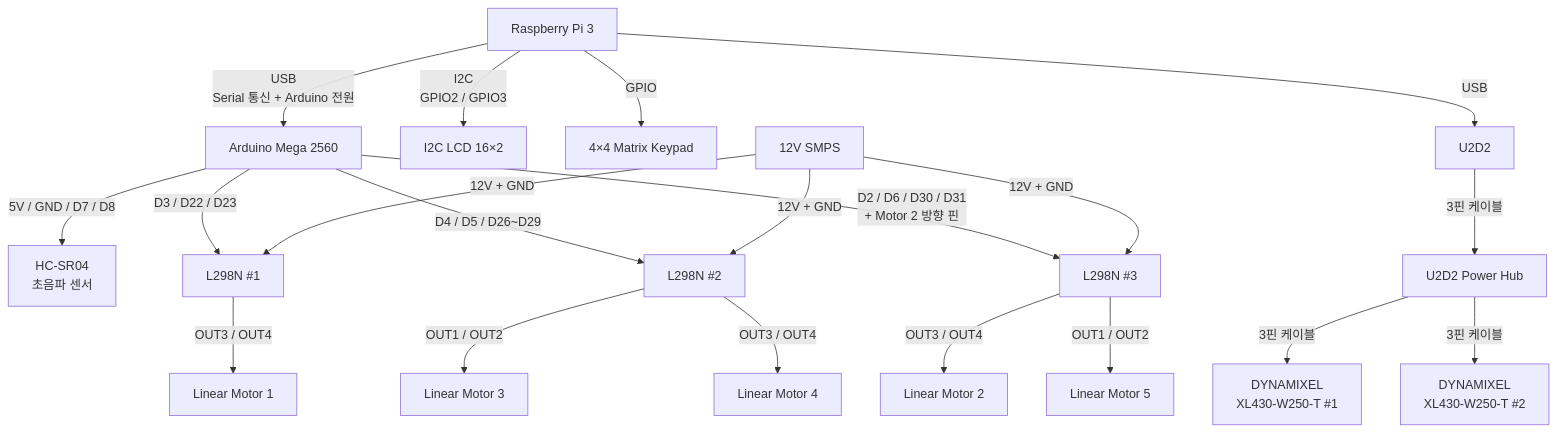
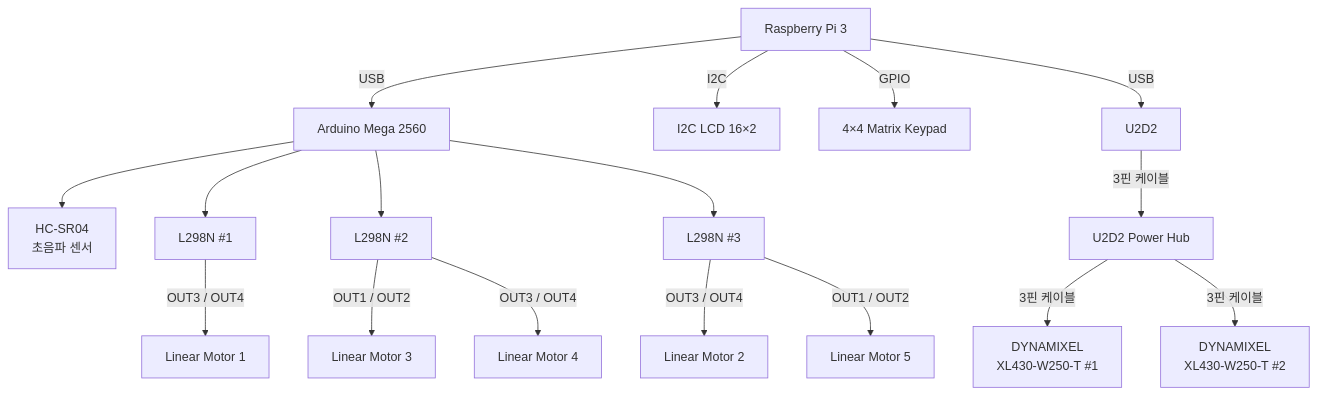
Before and after one commit to biini29/2026ESWContest_free_CARmelleon: the diagram in docs/02_Design/electrical/02_Power_Distribution_SMPS.md, drawn with Mermaid. The commit also changed other lines of this file, not shown here.

First line of the commit message:
Revise wiring documentation for Raspberry Pi and Arduino

````diff
--- a/docs/02_Design/electrical/02_Power_Distribution_SMPS.md
+++ b/docs/02_Design/electrical/02_Power_Distribution_SMPS.md
@@ -5,62 +5,57 @@
 ```mermaid
 flowchart TB
 
     PI["Raspberry Pi 3"]
     ARD["Arduino Mega 2560"]
 
     LCD["I2C LCD 16×2"]
     KEY["4×4 Matrix Keypad"]
     US["HC-SR04<br/>초음파 센서"]
 
     L1["L298N #1"]
     L2["L298N #2"]
     L3["L298N #3"]
 
     M1["Linear Motor 1"]
     M2["Linear Motor 2"]
     M3["Linear Motor 3"]
     M4["Linear Motor 4"]
     M5["Linear Motor 5"]
 
-    SMPS["12V SMPS"]
-
     U2["U2D2"]
     HUB["U2D2 Power Hub"]
+
     DX1["DYNAMIXEL<br/>XL430-W250-T #1"]
     DX2["DYNAMIXEL<br/>XL430-W250-T #2"]
 
     %% Raspberry Pi 주변 장치
-    PI -->|"I2C<br/>GPIO2 / GPIO3"| LCD
+    PI -->|"I2C"| LCD
     PI -->|"GPIO"| KEY
 
     %% Raspberry Pi - Arduino
-    PI -->|"USB<br/>Serial 통신 + Arduino 전원"| ARD
+    PI -->|"USB"| ARD
 
-    %% 초음파 센서
-    ARD -->|"5V / GND / D7 / D8"| US
+    %% Arduino 주변 장치
+    ARD --> US
 
-    %% Arduino - L298N
-    ARD -->|"D3 / D22 / D23"| L1
-    ARD -->|"D4 / D5 / D26~D29"| L2
-    ARD -->|"D2 / D6 / D30 / D31<br/>+ Motor 2 방향 핀"| L3
+    %% Arduino - Motor Driver
+    ARD --> L1
+    ARD --> L2
+    ARD --> L3
 
-    %% L298N - Linear Motor
+    %% Motor Driver - Linear Motor
     L1 -->|"OUT3 / OUT4"| M1
 
     L2 -->|"OUT1 / OUT2"| M3
     L2 -->|"OUT3 / OUT4"| M4
 
     L3 -->|"OUT3 / OUT4"| M2
     L3 -->|"OUT1 / OUT2"| M5
 
-    %% SMPS
-    SMPS -->|"12V + GND"| L1
-    SMPS -->|"12V + GND"| L2
-    SMPS -->|"12V + GND"| L3
-
-    %% DYNAMIXEL
+    %% DYNAMIXEL 계통
     PI -->|"USB"| U2
     U2 -->|"3핀 케이블"| HUB
+
     HUB -->|"3핀 케이블"| DX1
     HUB -->|"3핀 케이블"| DX2
 ```
````
